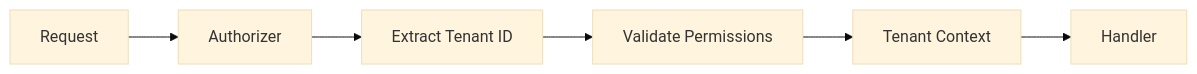
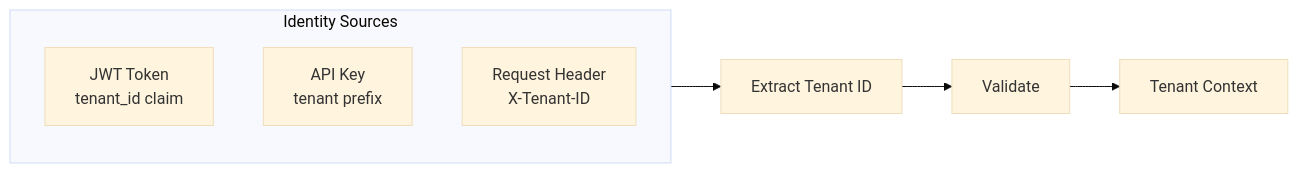
One commit to zhiweio/redshift-spectra changed the third of 10 diagrams in docs/concepts/multi-tenancy.md. Above: the diagram before and after it, drawn with Mermaid (base theme). The commit also changed other lines of this file and 15 other files, not shown here.

````diff
--- a/docs/concepts/multi-tenancy.md
+++ b/docs/concepts/multi-tenancy.md
@@ -54,8 +88,12 @@
 ```mermaid
 flowchart LR
-    REQ[Request] --> AUTH[Authorizer]
-    AUTH --> EXTRACT[Extract Tenant ID]
-    EXTRACT --> VALIDATE[Validate Permissions]
+    subgraph Sources["Identity Sources"]
+        JWT[JWT Token<br/>tenant_id claim]
+        APIKEY[API Key<br/>tenant prefix]
+        HEADER[Request Header<br/>X-Tenant-ID]
+    end
+    
+    Sources --> EXTRACT[Extract Tenant ID]
+    EXTRACT --> VALIDATE[Validate]
     VALIDATE --> CONTEXT[Tenant Context]
-    CONTEXT --> HANDLER[Handler]
 ```
````
